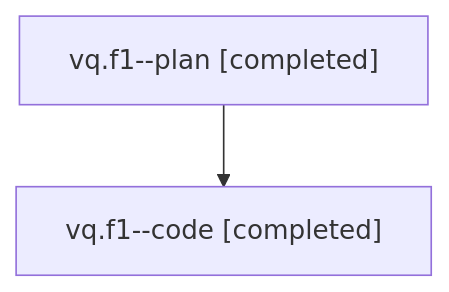
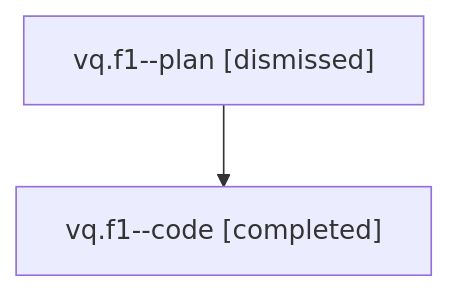
The diagram in families/bbugyi200.athena.vq.f1.md (sase-org/sase--agents), drawn with Mermaid before and after one commit. The commit also changed other lines of this file and 1120 other files, not shown here.

````diff
--- a/families/bbugyi200.athena.vq.f1.md
+++ b/families/bbugyi200.athena.vq.f1.md
@@ -9,6 +9,6 @@
 ```mermaid
 flowchart TD
-  n0["vq.f1--plan [completed]"]
+  n0["vq.f1--plan [dismissed]"]
   n1["vq.f1--code [completed]"]
   n0 --> n1
 ```
````
